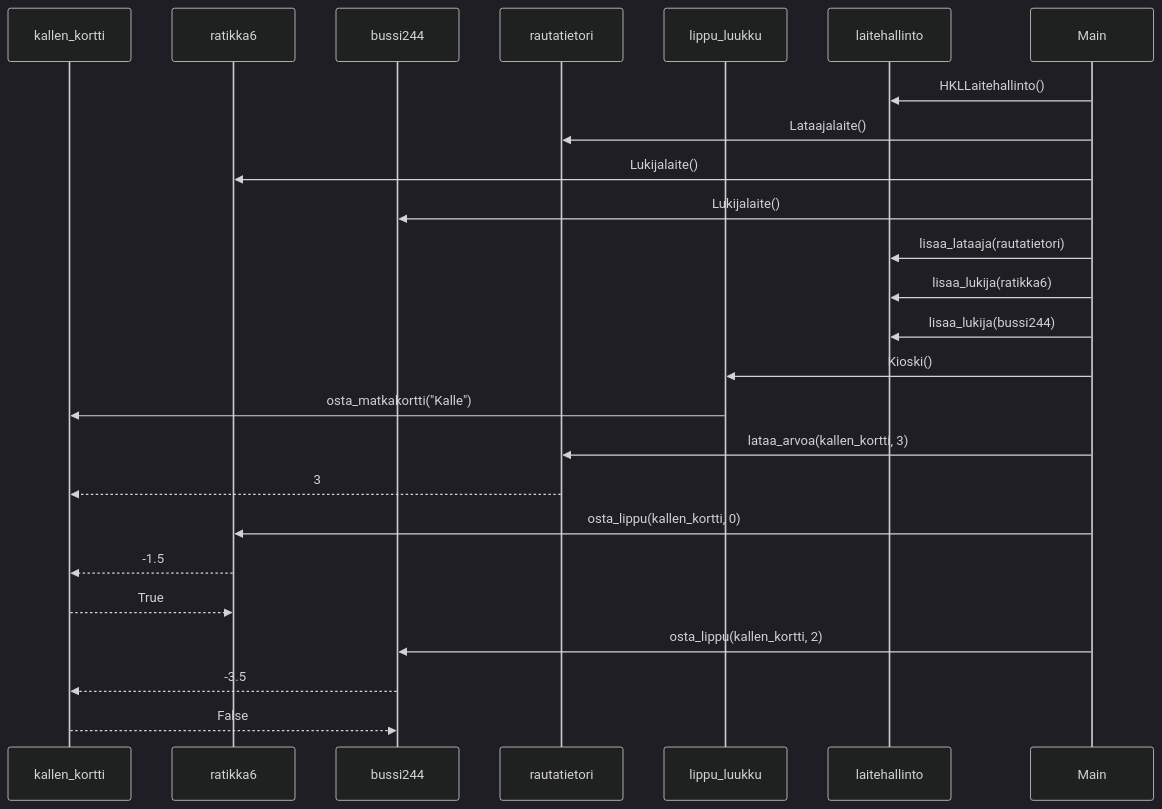
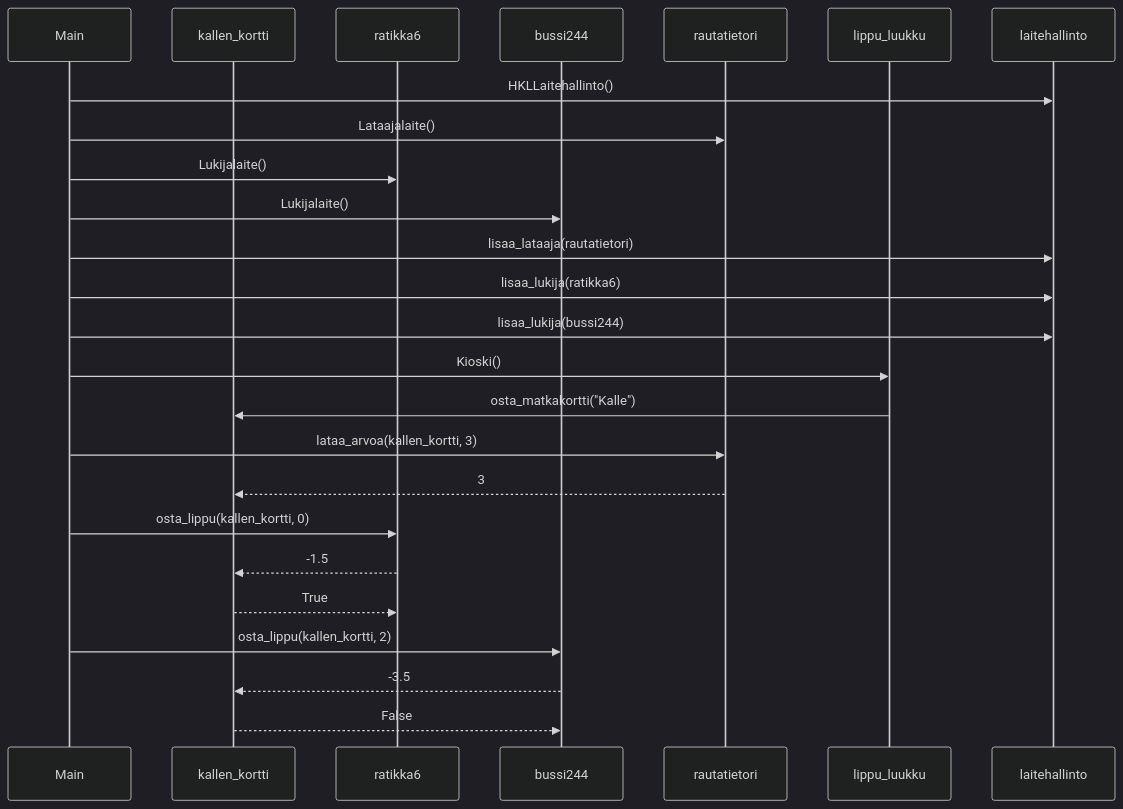
Before and after one commit to arskav/ot-harjoitustyo: the diagram in laskarit/viikko3/sekvenssikaavio_teht4.md, drawn with Mermaid (dark theme).

````diff
--- a/laskarit/viikko3/sekvenssikaavio_teht4.md
+++ b/laskarit/viikko3/sekvenssikaavio_teht4.md
@@ -1,26 +1,27 @@
 ```mermaid
 sequenceDiagram
+    participant Main
     participant kallen_kortti
     participant ratikka6
     participant bussi244
     participant rautatietori
     participant lippu_luukku    
     participant laitehallinto    
     Main ->> laitehallinto: HKLLaitehallinto()
     Main ->> rautatietori: Lataajalaite()
     Main ->> ratikka6: Lukijalaite()
     Main ->> bussi244: Lukijalaite()
     Main ->> laitehallinto: lisaa_lataaja(rautatietori)
     Main ->> laitehallinto: lisaa_lukija(ratikka6)
     Main ->> laitehallinto: lisaa_lukija(bussi244)
     Main ->> lippu_luukku: Kioski()
     lippu_luukku ->> kallen_kortti: osta_matkakortti("Kalle")
     Main ->> rautatietori: lataa_arvoa(kallen_kortti, 3)
     rautatietori -->> kallen_kortti: 3
     Main ->> ratikka6: osta_lippu(kallen_kortti, 0)
     ratikka6 -->> kallen_kortti: -1.5
     kallen_kortti -->> ratikka6: True
     Main ->> bussi244: osta_lippu(kallen_kortti, 2)
     bussi244 -->> kallen_kortti: -3.5
     kallen_kortti -->> bussi244: False
 ```
````
